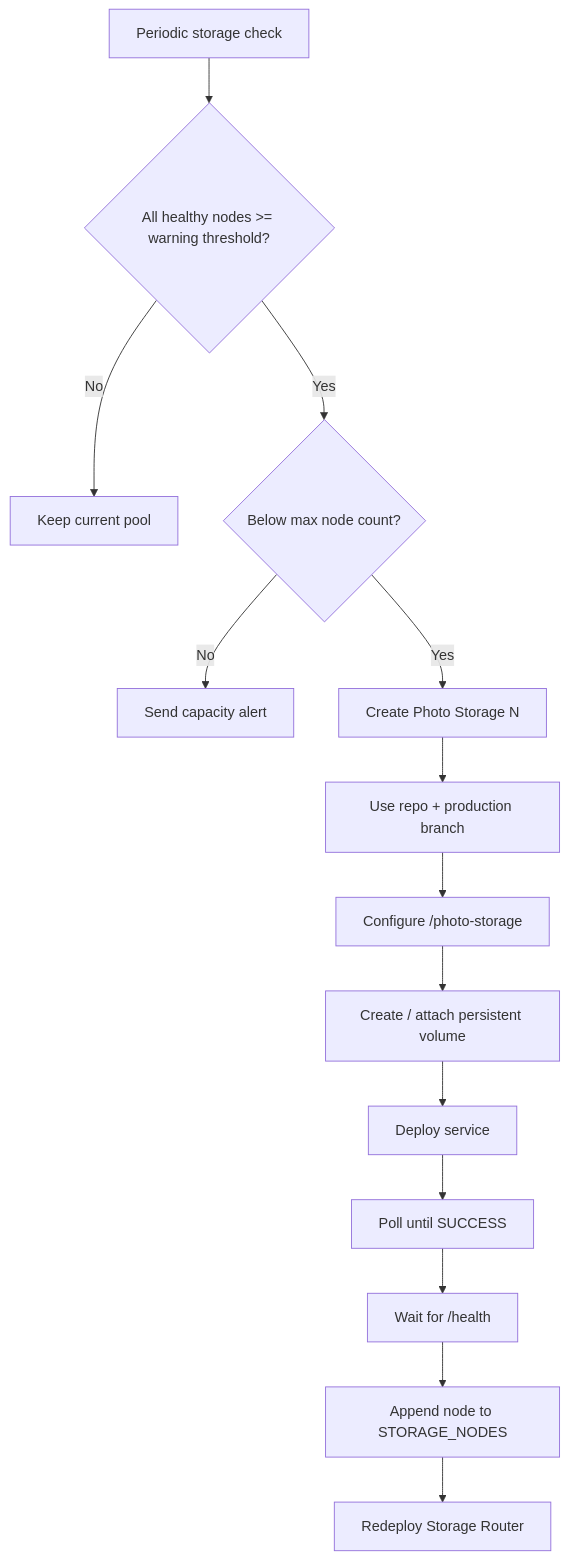
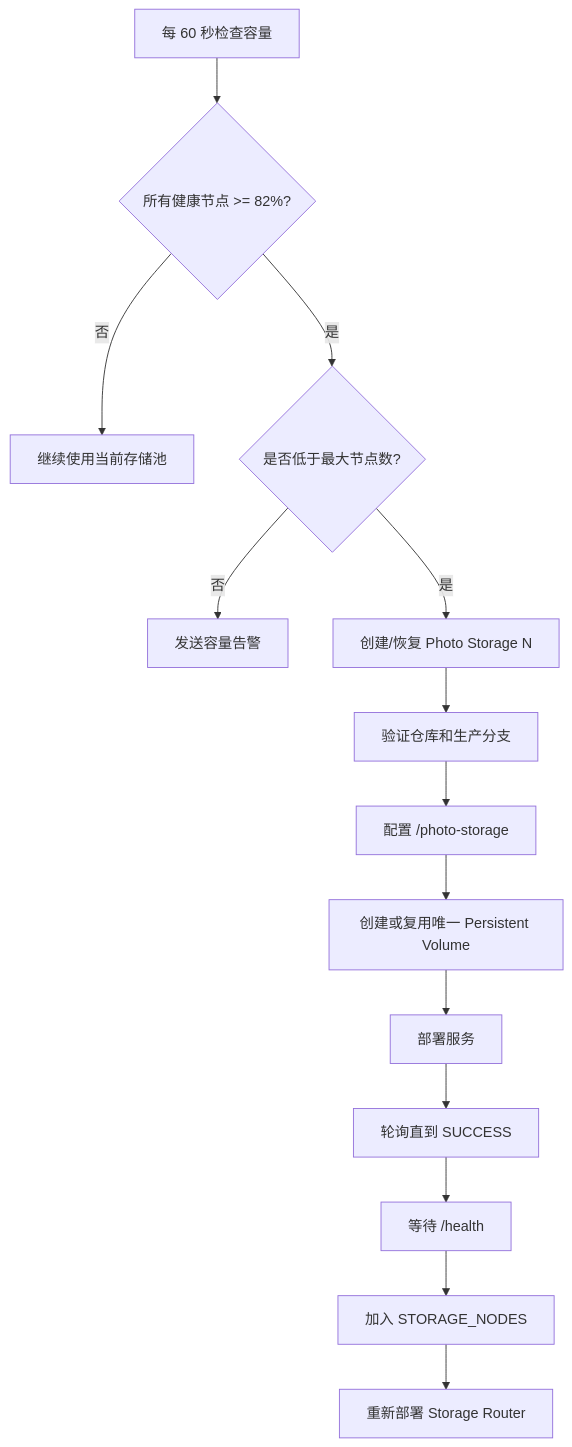
Before and after one commit to bowardzhang/immich: the third of 4 diagrams in README.md, drawn with Mermaid. The commit also changed other lines of this file, not shown here.

````diff
--- a/README.md
+++ b/README.md
@@ -88,16 +84,16 @@
 ```mermaid
 flowchart TD
-    A[Periodic storage check] --> B{All healthy nodes >= warning threshold?}
-    B -- No --> Z[Keep current pool]
-    B -- Yes --> C{Below max node count?}
-    C -- No --> X[Send capacity alert]
-    C -- Yes --> D[Create Photo Storage N]
-    D --> E[Use repo + production branch]
-    E --> F[Configure /photo-storage]
-    F --> G[Create / attach persistent volume]
-    G --> H[Deploy service]
-    H --> I[Poll until SUCCESS]
-    I --> J[Wait for /health]
-    J --> K[Append node to STORAGE_NODES]
-    K --> L[Redeploy Storage Router]
+    A[每 60 秒检查容量] --> B{所有健康节点 >= 82%?}
+    B -- 否 --> Z[继续使用当前存储池]
+    B -- 是 --> C{是否低于最大节点数?}
+    C -- 否 --> X[发送容量告警]
+    C -- 是 --> D[创建/恢复 Photo Storage N]
+    D --> E[验证仓库和生产分支]
+    E --> F[配置 /photo-storage]
+    F --> G[创建或复用唯一 Persistent Volume]
+    G --> H[部署服务]
+    H --> I[轮询直到 SUCCESS]
+    I --> J[等待 /health]
+    J --> K[加入 STORAGE_NODES]
+    K --> L[重新部署 Storage Router]
 ```
````
